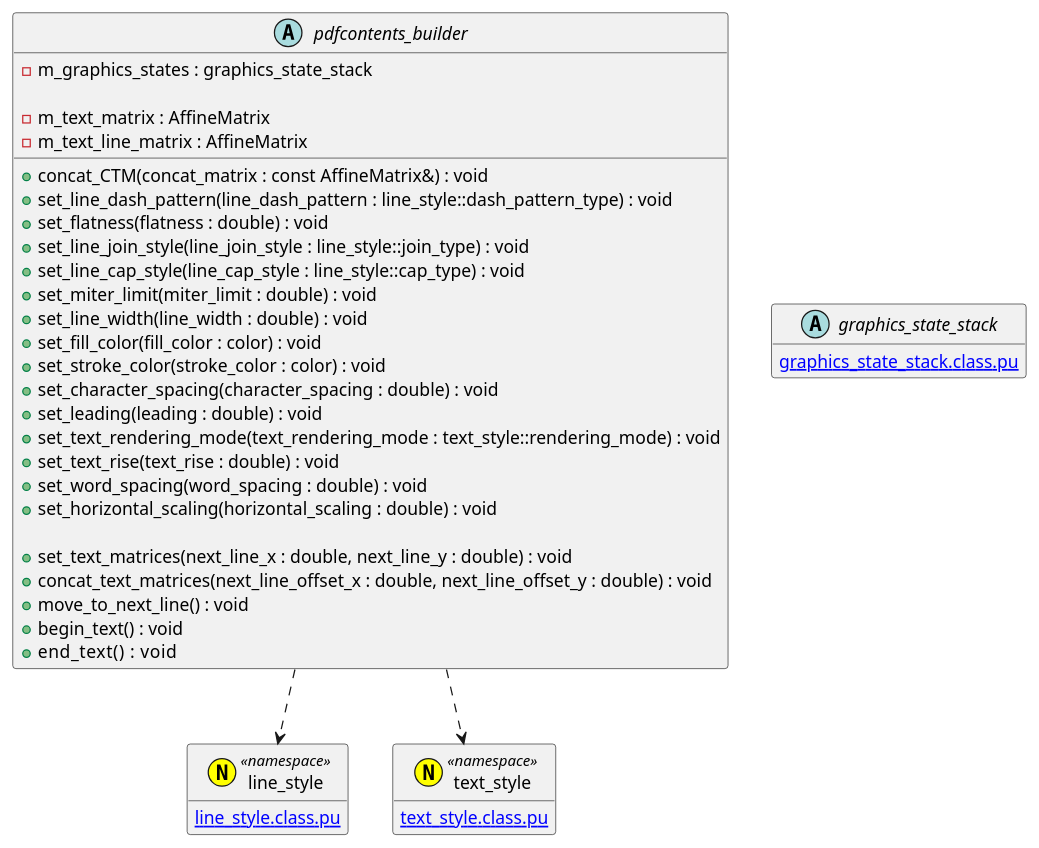
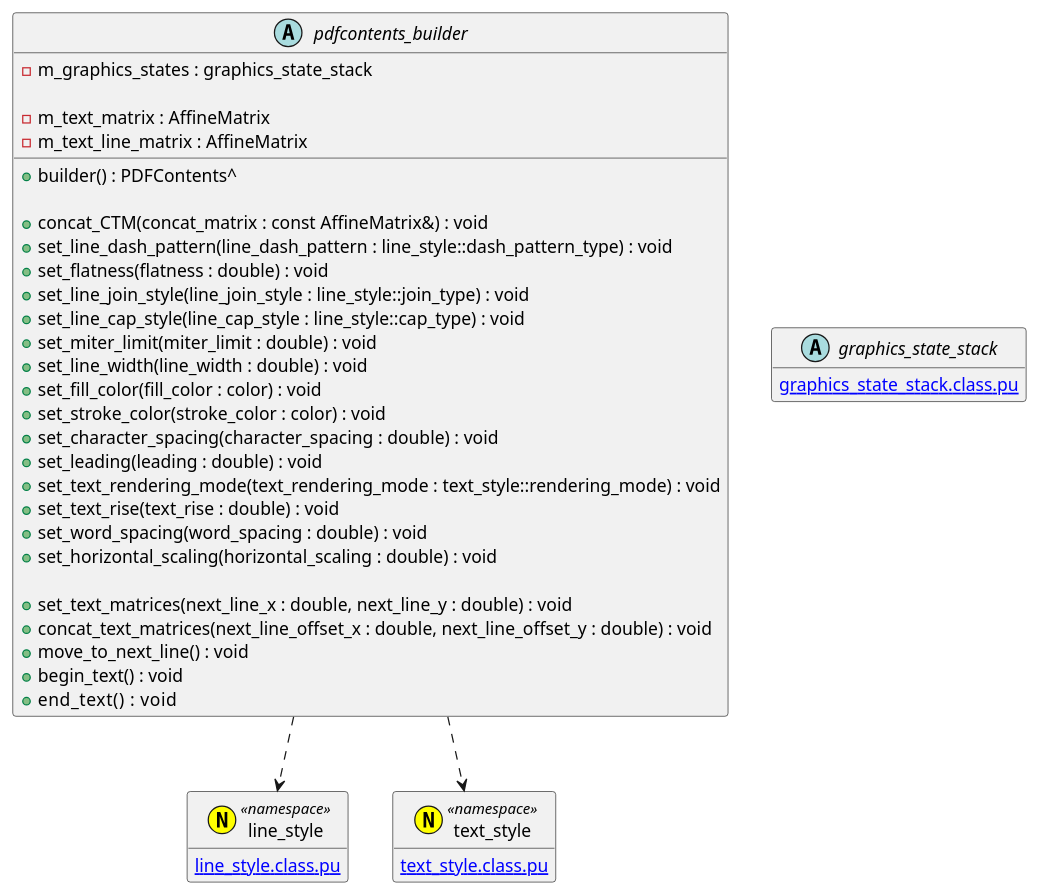
Before and after one commit to KodaiYM/PDFReader: the diagram in document/document_reader/page_tree_parser/page_parser/contents_parser/pdfcontents_builder/pdfcontents_builder.class.pu, drawn with PlantUML. The commit also changed 5 other files, not shown here.

```diff
--- a/document/document_reader/page_tree_parser/page_parser/contents_parser/pdfcontents_builder/pdfcontents_builder.class.pu
+++ b/document/document_reader/page_tree_parser/page_parser/contents_parser/pdfcontents_builder/pdfcontents_builder.class.pu
@@ -1,44 +1,46 @@
 @startuml pdfcontents_builder
 hide empty members
 abstract pdfcontents_builder {
+	+builder() : PDFContents^
+
 	+concat_CTM(concat_matrix : const AffineMatrix&) : void
 	+set_line_dash_pattern(line_dash_pattern : line_style::dash_pattern_type) : void
 	+set_flatness(flatness : double) : void
 	+set_line_join_style(line_join_style : line_style::join_type) : void
 	+set_line_cap_style(line_cap_style : line_style::cap_type) : void
 	+set_miter_limit(miter_limit : double) : void
 	+set_line_width(line_width : double) : void
 	+set_fill_color(fill_color : color) : void
 	+set_stroke_color(stroke_color : color) : void
 	+set_character_spacing(character_spacing : double) : void
 	+set_leading(leading : double) : void
 	+set_text_rendering_mode(text_rendering_mode : text_style::rendering_mode) : void
 	+set_text_rise(text_rise : double) : void
 	+set_word_spacing(word_spacing : double) : void
 	+set_horizontal_scaling(horizontal_scaling : double) : void
 
 	+set_text_matrices(next_line_x : double, next_line_y : double) : void
 	+concat_text_matrices(next_line_offset_x : double, next_line_offset_y : double) : void
 	+move_to_next_line() : void
 	+begin_text() : void
 	+end_text()   : void
 
 	-m_graphics_states : graphics_state_stack
 
 	' These matrices are ambiguously represented in PDF 1.0, but are clearly defined in PDF 1.7.
 	-m_text_matrix : AffineMatrix
 	-m_text_line_matrix : AffineMatrix
 }
 pdfcontents_builder ..> line_style
 pdfcontents_builder ..> text_style
 
 annotation line_style <<(N, yellow) namespace>> {
 	[[line_style.class.pu]]
 }
 annotation text_style <<(N, yellow) namespace>> {
 	[[text_style.class.pu]]
 }
 abstract graphics_state_stack {
 	[[graphics_state_stack.class.pu]]
 }
 @enduml
```
